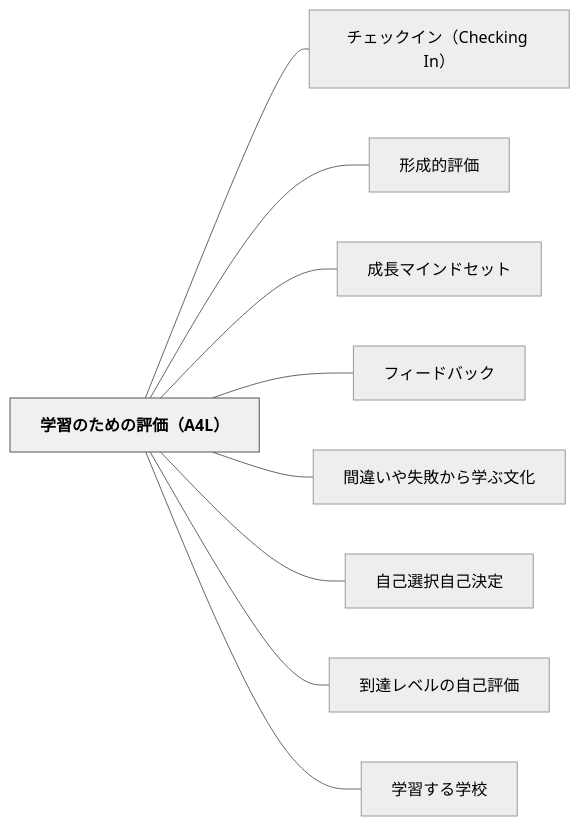
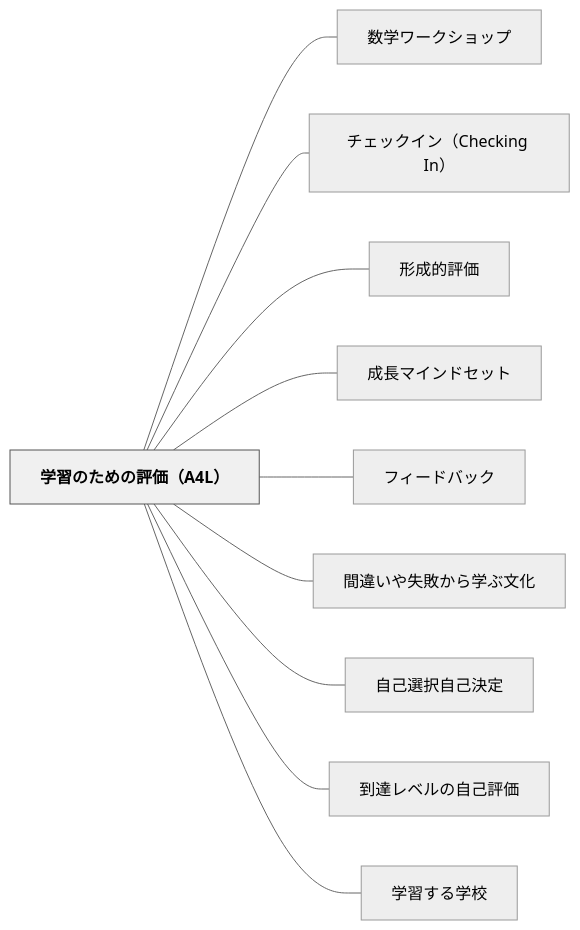
Before and after one commit to unknownthings-ed-patterns/unknownthings-ed-patterns: the diagram in content/パタン/学習のための評価（A4L）.md, drawn with Mermaid (neutral theme). The commit also changed other lines of this file and 100 other files, not shown here.

````diff
--- a/content/パタン/学習のための評価（A4L）.md
+++ b/content/パタン/学習のための評価（A4L）.md
@@ -189,24 +190,26 @@
 ```mermaid
 flowchart LR
     ne5ada6e7bf92e381aee3819fe38281e381aee8a995e4bea1efbc8841344cefbc89["学習のための評価（A4L）"]
+    ne695b0e5ada6e383afe383bce382afe382b7e383a7e38383e38397["数学ワークショップ"]
     ne38381e382a7e38383e382afe382a4e383b3efbc88436865636b696e6720496eefbc89["チェックイン（Checking In）"]
     ne5bda2e68890e79a84e8a995e4bea1["形成的評価"]
     ne68890e995b7e3839ee382a4e383b3e38389e382bbe38383e38388["成長マインドセット"]
     ne38395e382a3e383bce38389e38390e38383e382af["フィードバック"]
     ne99693e98195e38184e38284e5a4b1e69597e3818be38289e5ada6e381b6e69687e58c96["間違いや失敗から学ぶ文化"]
     ne887aae5b7b1e981b8e68a9ee887aae5b7b1e6b1bae5ae9a["自己選択自己決定"]
     ne588b0e98194e383ace38399e383abe381aee887aae5b7b1e8a995e4bea1["到達レベルの自己評価"]
     ne5ada6e7bf92e38199e3828be5ada6e6a0a1["学習する学校"]
 
+    ne5ada6e7bf92e381aee3819fe38281e381aee8a995e4bea1efbc8841344cefbc89 --- ne695b0e5ada6e383afe383bce382afe382b7e383a7e38383e38397
     ne5ada6e7bf92e381aee3819fe38281e381aee8a995e4bea1efbc8841344cefbc89 --- ne38381e382a7e38383e382afe382a4e383b3efbc88436865636b696e6720496eefbc89
     ne5ada6e7bf92e381aee3819fe38281e381aee8a995e4bea1efbc8841344cefbc89 --- ne5bda2e68890e79a84e8a995e4bea1
     ne5ada6e7bf92e381aee3819fe38281e381aee8a995e4bea1efbc8841344cefbc89 --- ne68890e995b7e3839ee382a4e383b3e38389e382bbe38383e38388
     ne5ada6e7bf92e381aee3819fe38281e381aee8a995e4bea1efbc8841344cefbc89 --- ne38395e382a3e383bce38389e38390e38383e382af
     ne5ada6e7bf92e381aee3819fe38281e381aee8a995e4bea1efbc8841344cefbc89 --- ne99693e98195e38184e38284e5a4b1e69597e3818be38289e5ada6e381b6e69687e58c96
     ne5ada6e7bf92e381aee3819fe38281e381aee8a995e4bea1efbc8841344cefbc89 --- ne887aae5b7b1e981b8e68a9ee887aae5b7b1e6b1bae5ae9a
     ne5ada6e7bf92e381aee3819fe38281e381aee8a995e4bea1efbc8841344cefbc89 --- ne588b0e98194e383ace38399e383abe381aee887aae5b7b1e8a995e4bea1
     ne5ada6e7bf92e381aee3819fe38281e381aee8a995e4bea1efbc8841344cefbc89 --- ne5ada6e7bf92e38199e3828be5ada6e6a0a1
 
     classDef hub fill:#f0f0f0,stroke:#555,color:#000,font-weight:bold
     class ne5ada6e7bf92e381aee3819fe38281e381aee8a995e4bea1efbc8841344cefbc89 hub
 ```
````
